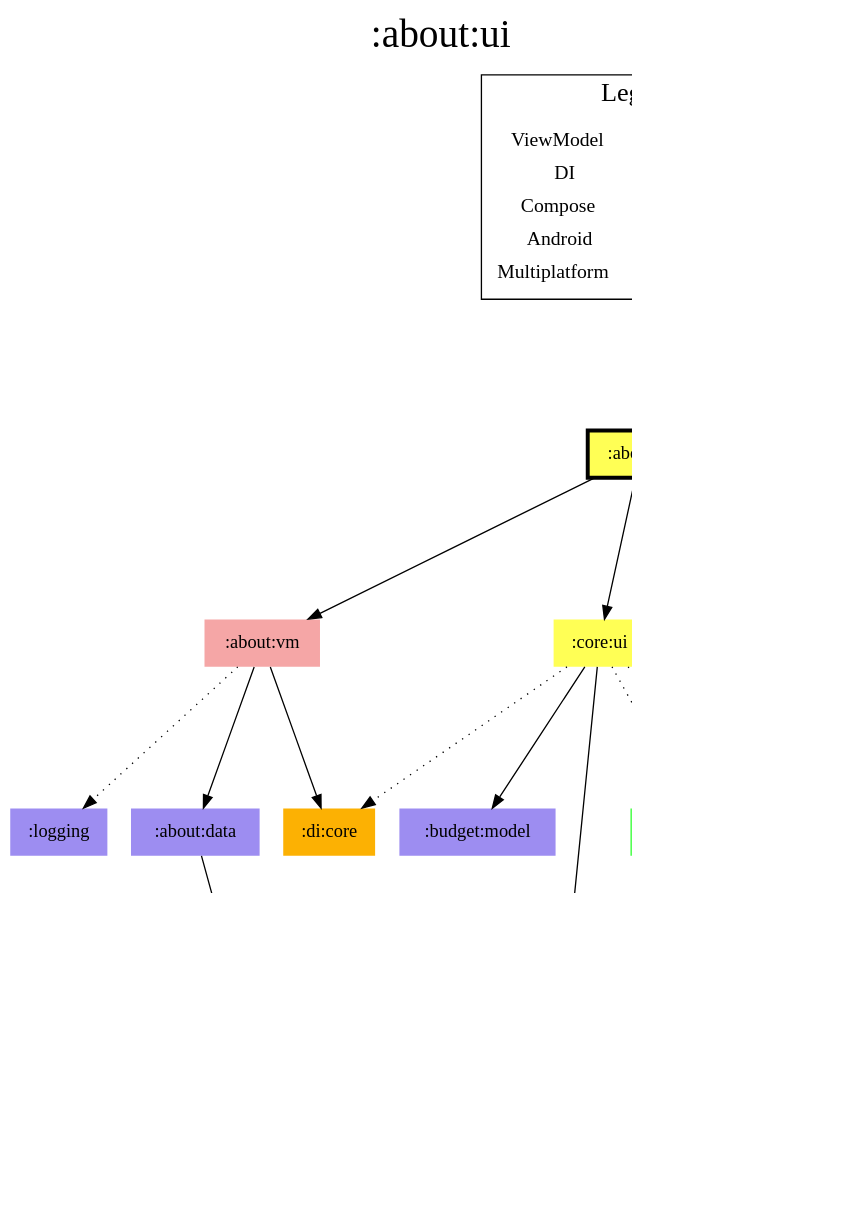
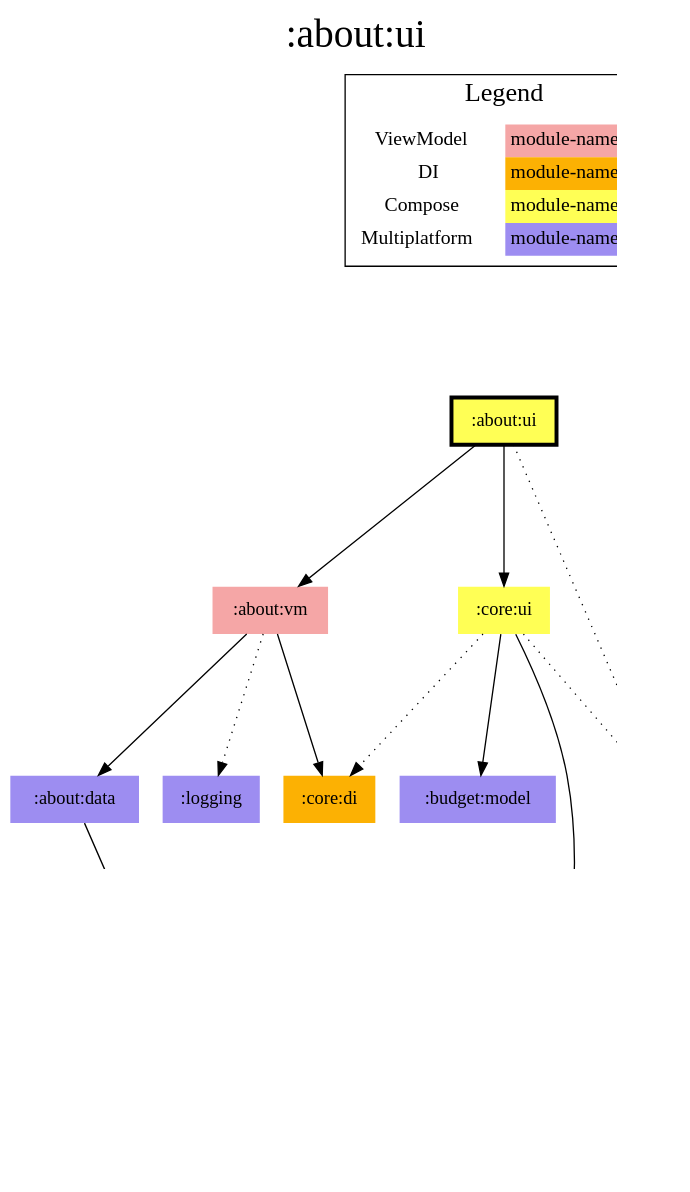
One commit to jonapoul/aktual changed the diagram in modules/about/ui/modules.dot. Above: the diagram before and after it, drawn with Graphviz. The commit also changed 477 other files, not shown here.

```diff
--- a/modules/about/ui/modules.dot
+++ b/modules/about/ui/modules.dot
@@ -1,50 +1,46 @@
 digraph {
 edge ["dir"="forward"]
 graph ["dpi"="100","label"=":about:ui","labelloc"="t","fontsize"="30","ranksep"="1.5","rankdir"="TB"]
 node ["style"="filled"]
 ":about:data" ["fillcolor"="#9D8DF1","shape"="none"]
 ":about:ui" ["fillcolor"="#FFFF55","color"="black","penwidth"="3","shape"="box"]
 ":about:vm" ["fillcolor"="#F5A6A6","shape"="none"]
 ":api:github" ["fillcolor"="#9D8DF1","shape"="none"]
 ":budget:model" ["fillcolor"="#9D8DF1","shape"="none"]
 ":codegen:annotation" ["fillcolor"="#9D8DF1","shape"="none"]
-":core:android" ["fillcolor"="#55FF55","shape"="none"]
+":core:di" ["fillcolor"="#FCB103","shape"="none"]
 ":core:model" ["fillcolor"="#9D8DF1","shape"="none"]
 ":core:ui" ["fillcolor"="#FFFF55","shape"="none"]
-":di:core" ["fillcolor"="#FCB103","shape"="none"]
 ":l10n" ["fillcolor"="#9D8DF1","shape"="none"]
 ":logging" ["fillcolor"="#9D8DF1","shape"="none"]
 {
 edge ["dir"="none"]
 graph ["rank"="same"]
 ":about:ui"
 }
 ":about:data" -> ":api:github"
 ":about:ui" -> ":about:vm"
-":about:ui" -> ":core:android" ["style"="dotted"]
 ":about:ui" -> ":core:ui"
 ":about:ui" -> ":l10n" ["style"="dotted"]
 ":about:vm" -> ":about:data"
-":about:vm" -> ":di:core"
+":about:vm" -> ":core:di"
 ":about:vm" -> ":logging" ["style"="dotted"]
 ":api:github" -> ":codegen:annotation" ["style"="dotted"]
 ":api:github" -> ":core:model"
 ":core:ui" -> ":budget:model"
-":core:ui" -> ":core:android" ["style"="dotted"]
+":core:ui" -> ":core:di" ["style"="dotted"]
 ":core:ui" -> ":core:model"
-":core:ui" -> ":di:core" ["style"="dotted"]
 ":core:ui" -> ":l10n" ["style"="dotted"]
 subgraph "cluster_legend" {
 edge ["dir"="none"]
 graph ["label"="Legend","fontsize"="20"]
 "Legend" ["style"="filled","fillcolor"="#FFFFFF","shape"="none","margin"="0","fontsize"="15","label"=<
 <TABLE BORDER="0" CELLBORDER="0" CELLSPACING="0" CELLPADDING="4">
 <TR><TD>ViewModel</TD><TD BGCOLOR="#F5A6A6">module-name</TD></TR>
 <TR><TD>DI</TD><TD BGCOLOR="#FCB103">module-name</TD></TR>
 <TR><TD>Compose</TD><TD BGCOLOR="#FFFF55">module-name</TD></TR>
-<TR><TD>Android</TD><TD BGCOLOR="#55FF55">module-name</TD></TR>
 <TR><TD>Multiplatform</TD><TD BGCOLOR="#9D8DF1">module-name</TD></TR>
 </TABLE>
 >]
 } -> ":about:ui" ["style"="invis"]
 }
```
